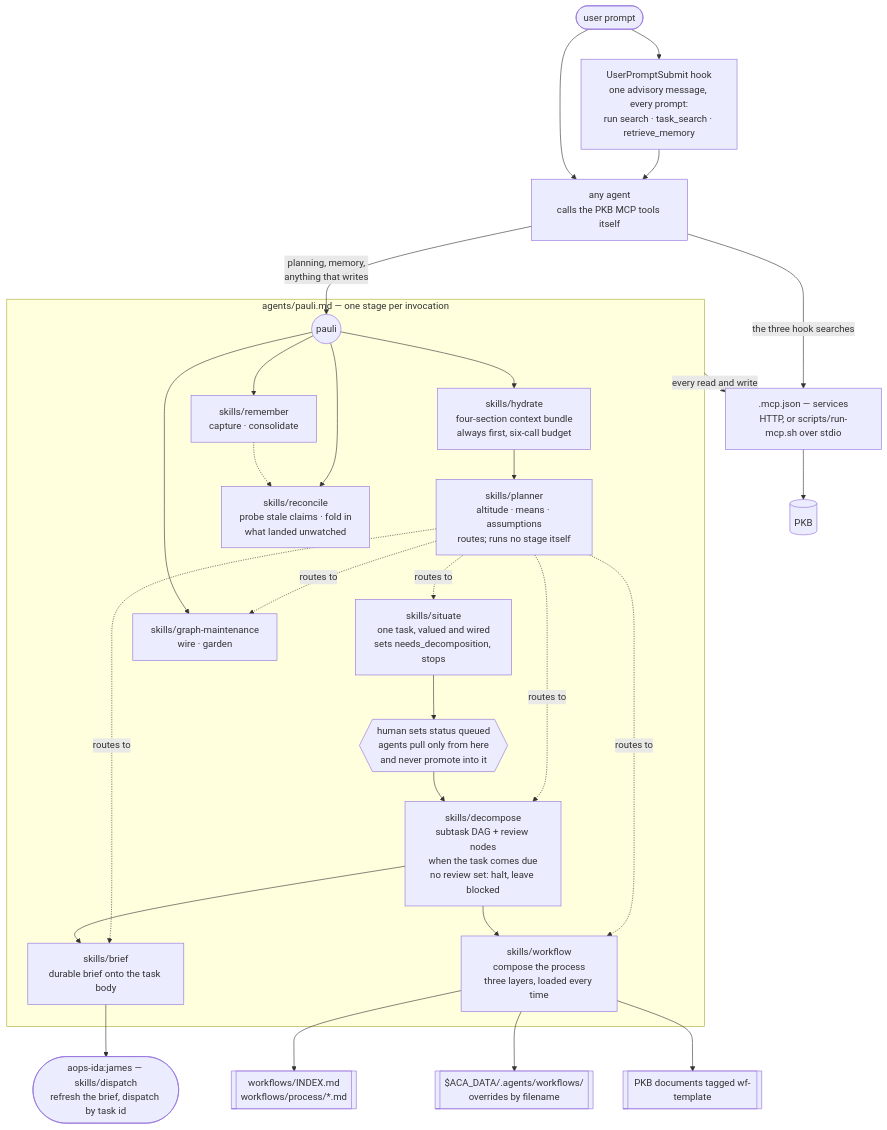
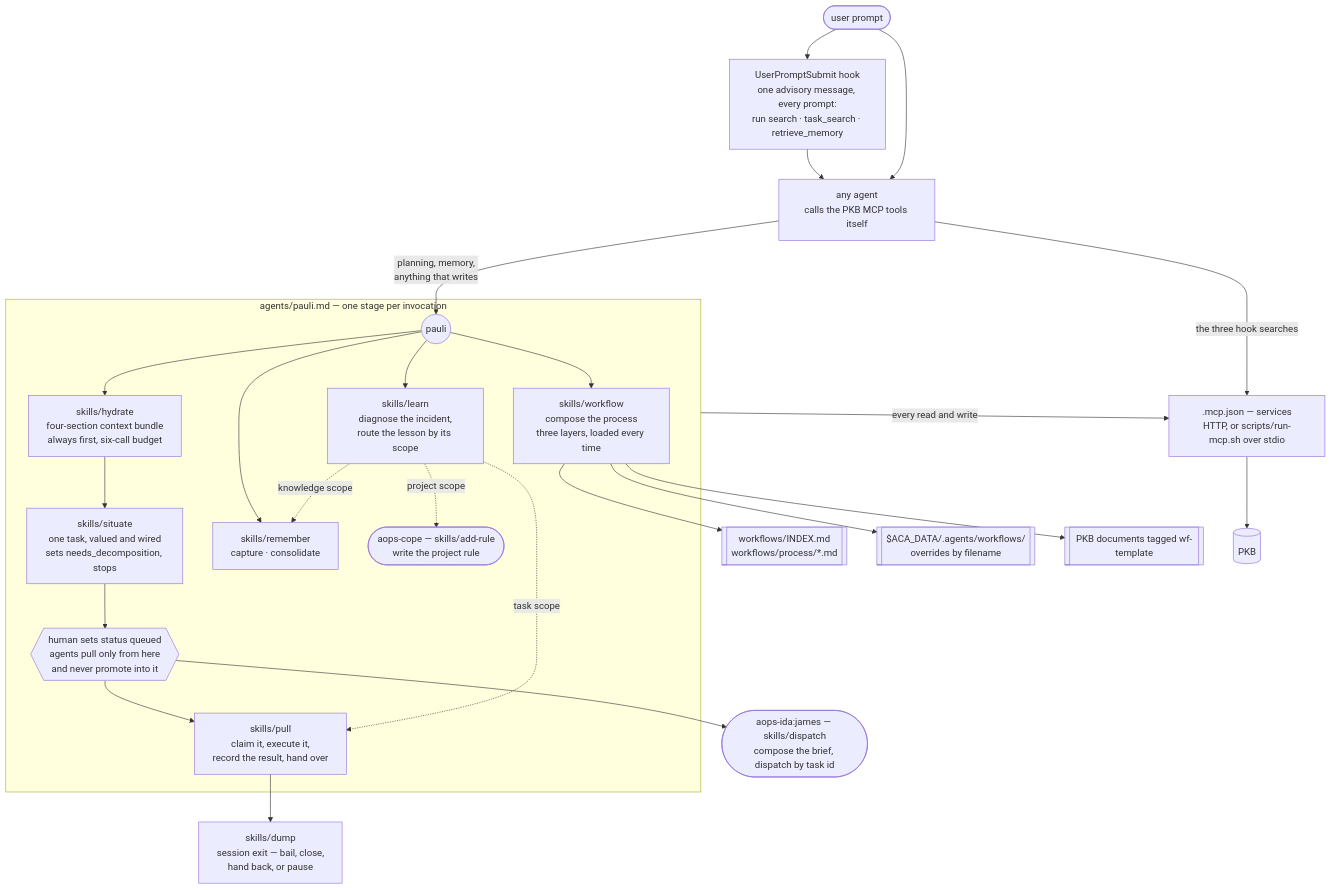
One commit to nicsuzor/academicOps changed the diagram in plugins/pkb/README.md. Above: the diagram before and after it, drawn with Mermaid. The commit also changed 7 other files, not shown here.

````diff
--- a/plugins/pkb/README.md
+++ b/plugins/pkb/README.md
@@ -8,43 +8,40 @@
 ```mermaid
 flowchart TD
     prompt([user prompt]) --> hook
 
     hook["UserPromptSubmit hook<br/>one advisory message, every prompt:<br/>run search · task_search · retrieve_memory"]
     hook --> agent
     prompt --> agent["any agent<br/>calls the PKB MCP tools itself"]
 
     agent -- "planning, memory,<br/>anything that writes" --> pauli
 
     subgraph pkbwrite["agents/pauli.md — one stage per invocation"]
         pauli(("pauli"))
         pauli --> hydrate["skills/hydrate<br/>four-section context bundle<br/>always first, six-call budget"]
-        hydrate --> planner["skills/planner<br/>altitude · means · assumptions<br/>routes; runs no stage itself"]
-        planner -. routes to .-> situate
-        planner -. routes to .-> decompose
-        planner -. routes to .-> brief
-        planner -. routes to .-> composer
-        planner -. routes to .-> gardening
 
-        situate["skills/situate<br/>one task, valued and wired<br/>sets needs_decomposition, stops"]
+        hydrate --> situate["skills/situate<br/>one task, valued and wired<br/>sets needs_decomposition, stops"]
         situate --> gate{{"human sets status queued<br/>agents pull only from here<br/>and never promote into it"}}
-        gate --> decompose["skills/decompose<br/>subtask DAG + review nodes<br/>when the task comes due<br/>no review set: halt, leave blocked"]
-        decompose --> composer["skills/workflow<br/>compose the process<br/>three layers, loaded every time"]
-        decompose --> brief["skills/brief<br/>durable brief onto the task body"]
+        gate --> pull["skills/pull<br/>claim it, execute it,<br/>record the result, hand over"]
 
+        pauli --> composer["skills/workflow<br/>compose the process<br/>three layers, loaded every time"]
         pauli --> remember["skills/remember<br/>capture · consolidate"]
-        pauli --> gardening["skills/graph-maintenance<br/>wire · garden"]
-        pauli --> reconcile["skills/reconcile<br/>probe stale claims · fold in<br/>what landed unwatched"]
-        remember -.-> reconcile
+        pauli --> learn["skills/learn<br/>diagnose the incident,<br/>route the lesson by its scope"]
+
+        learn -. knowledge scope .-> remember
+        learn -. project scope .-> addrule(["aops-cope — skills/add-rule<br/>write the project rule"])
+        learn -. task scope .-> pull
     end
+
+    pull --> dump["skills/dump<br/>session exit — bail, close,<br/>hand back, or pause"]
 
     composer --> library[["workflows/INDEX.md<br/>workflows/process/*.md"]]
     composer --> userlayer[["$ACA_DATA/.agents/workflows/<br/>overrides by filename"]]
     composer --> wftemplates[["PKB documents tagged wf-template"]]
 
     pkbwrite -- "every read and write" --> mcp
     agent -- "the three hook searches" --> mcp
 
     mcp[".mcp.json — services<br/>HTTP, or scripts/run-mcp.sh over stdio"] --> pkbstore[(PKB)]
 
-    brief --> dispatch(["aops-ida:james — skills/dispatch<br/>refresh the brief, dispatch by task id"])
+    gate --> dispatch(["aops-ida:james — skills/dispatch<br/>compose the brief, dispatch by task id"])
 ```
````
